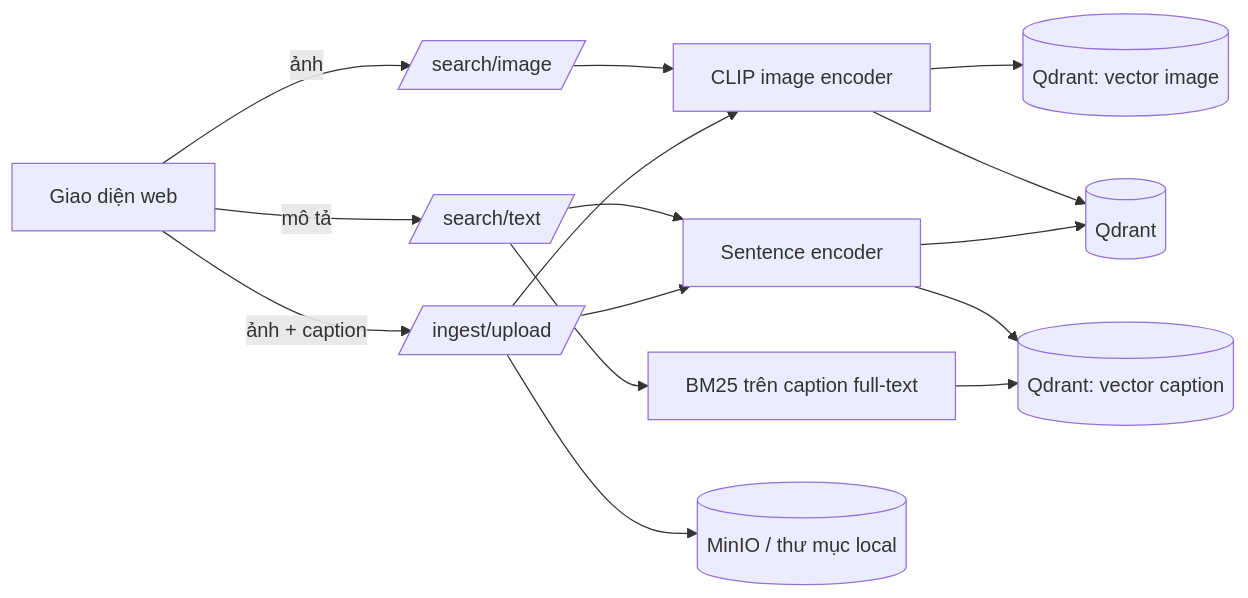
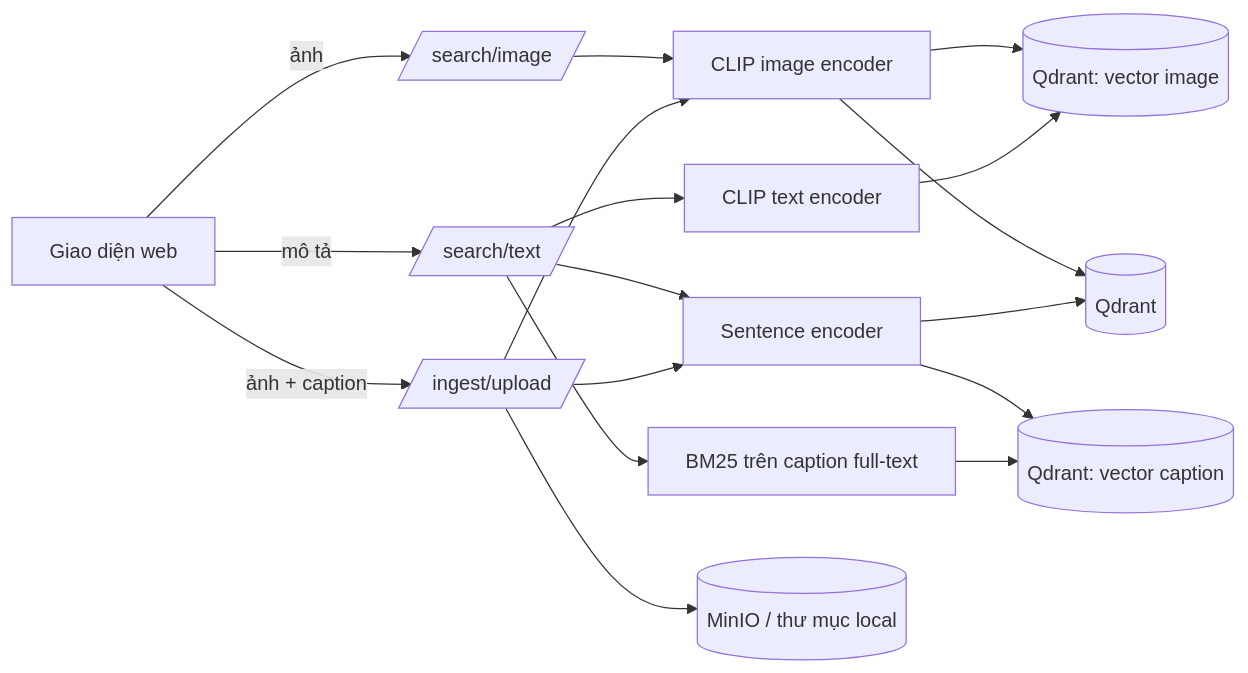
One commit to DuyLuanVo/KIS-AAI-DM-Master changed the diagram in README.md. Above: the diagram before and after it, drawn with Mermaid. The commit also changed other lines of this file and 43 other files, not shown here.

````diff
--- a/README.md
+++ b/README.md
@@ -12,11 +12,12 @@
 ```mermaid
 flowchart LR
     UI[Giao diện web] -->|ảnh| A[/search/image/]
     UI -->|mô tả| T[/search/text/]
     UI -->|ảnh + caption| U[/ingest/upload/]
     A --> CLIP[CLIP image encoder] --> QI[(Qdrant: vector image)]
     T --> ST[Sentence encoder] --> QC[(Qdrant: vector caption)]
     T --> KW[BM25 trên caption full-text] --> QC
+    T --> CT[CLIP text encoder] --> QI
     U --> CLIP & ST --> Q[(Qdrant)]
     U --> S[(MinIO / thư mục local)]
 ```
````
